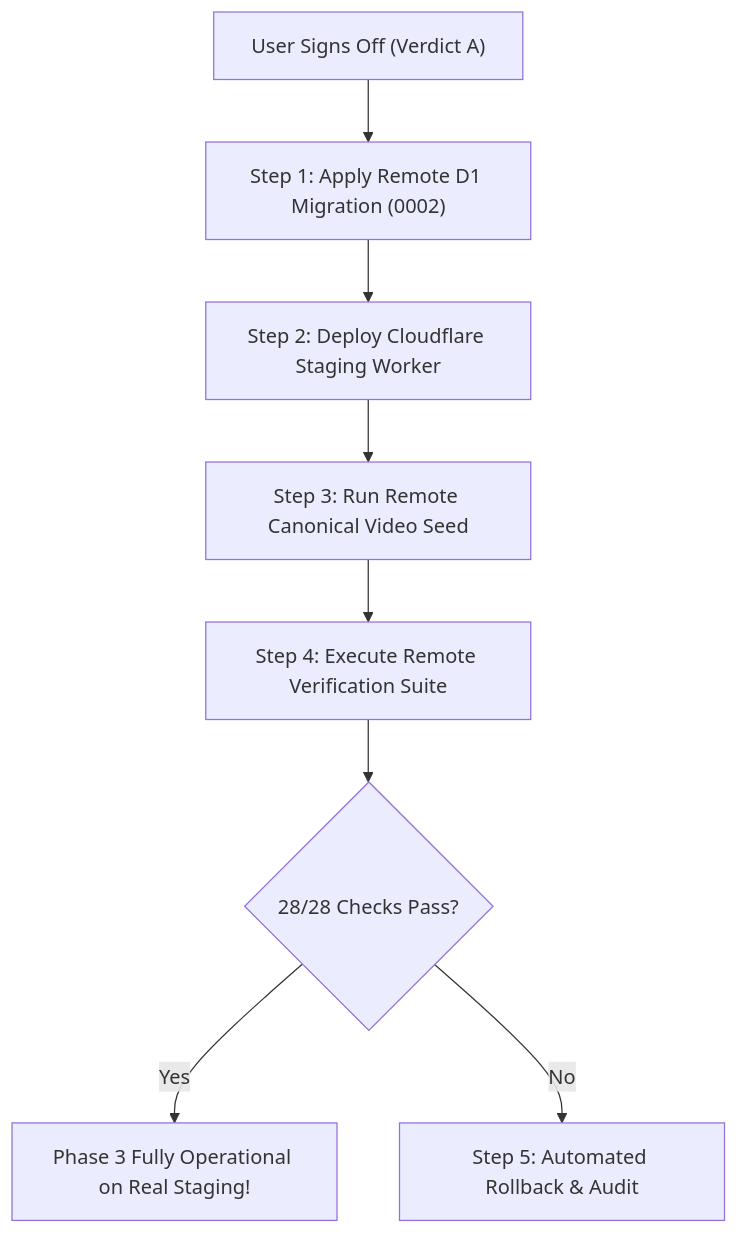
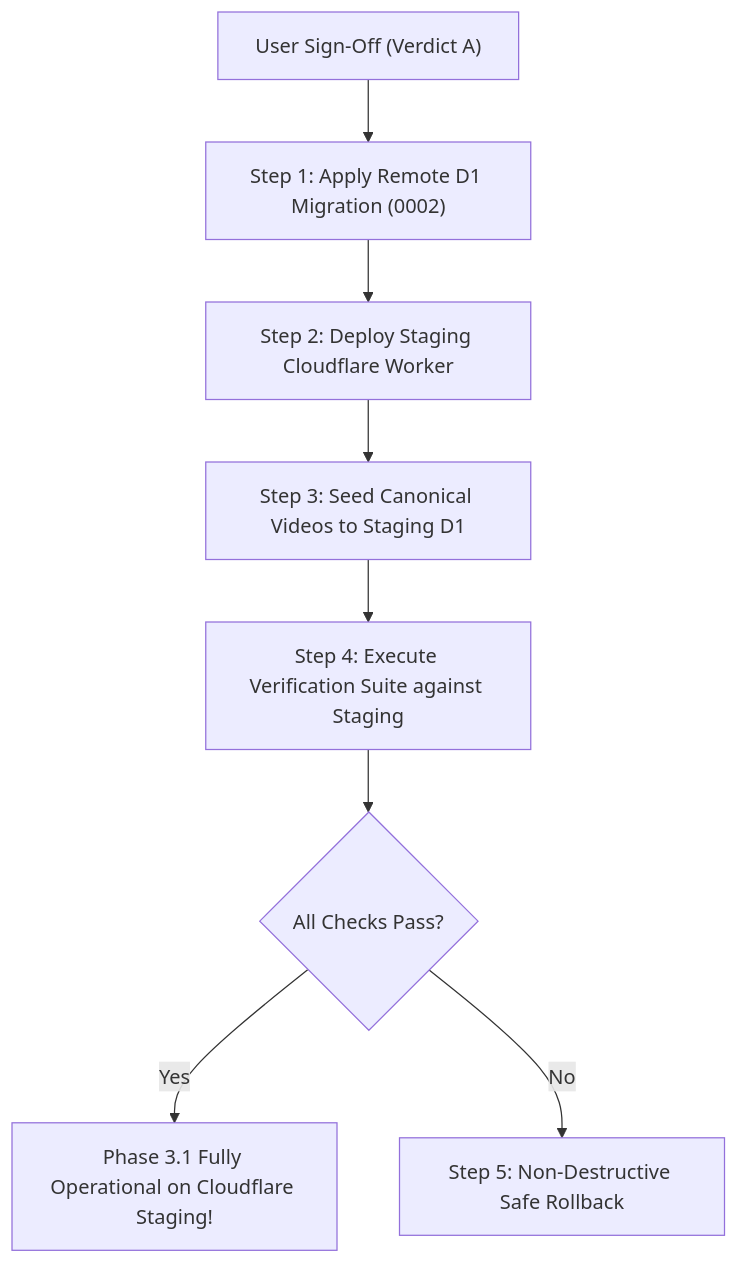
One commit to eigengraun/kerem-mihci-portfolio changed the diagram in docs/reviews/PORTFOLIO_OS_PHASE3_STAGING_APPROVAL_PLAN.md. Above: the diagram before and after it, drawn with Mermaid. The commit also changed other lines of this file and 29 other files, not shown here.

First line of the commit message:
fix(phase3.1): complete video cms release blocker remediation and hardening

````diff
--- a/docs/reviews/PORTFOLIO_OS_PHASE3_STAGING_APPROVAL_PLAN.md
+++ b/docs/reviews/PORTFOLIO_OS_PHASE3_STAGING_APPROVAL_PLAN.md
@@ -55,10 +56,10 @@
 ```mermaid
 flowchart TD
-    A["User Signs Off (Verdict A)"] --> B["Step 1: Apply Remote D1 Migration (0002)"]
-    B --> C["Step 2: Deploy Cloudflare Staging Worker"]
-    C --> D["Step 3: Run Remote Canonical Video Seed"]
-    D --> E["Step 4: Execute Remote Verification Suite"]
-    E --> F{"28/28 Checks Pass?"}
-    F -- Yes --> G["Phase 3 Fully Operational on Real Staging!"]
-    F -- No --> H["Step 5: Automated Rollback & Audit"]
+    A["User Sign-Off (Verdict A)"] --> B["Step 1: Apply Remote D1 Migration (0002)"]
+    B --> C["Step 2: Deploy Staging Cloudflare Worker"]
+    C --> D["Step 3: Seed Canonical Videos to Staging D1"]
+    D --> E["Step 4: Execute Verification Suite against Staging"]
+    E --> F{"All Checks Pass?"}
+    F -- Yes --> G["Phase 3.1 Fully Operational on Cloudflare Staging!"]
+    F -- No --> H["Step 5: Non-Destructive Safe Rollback"]
 ```
````
